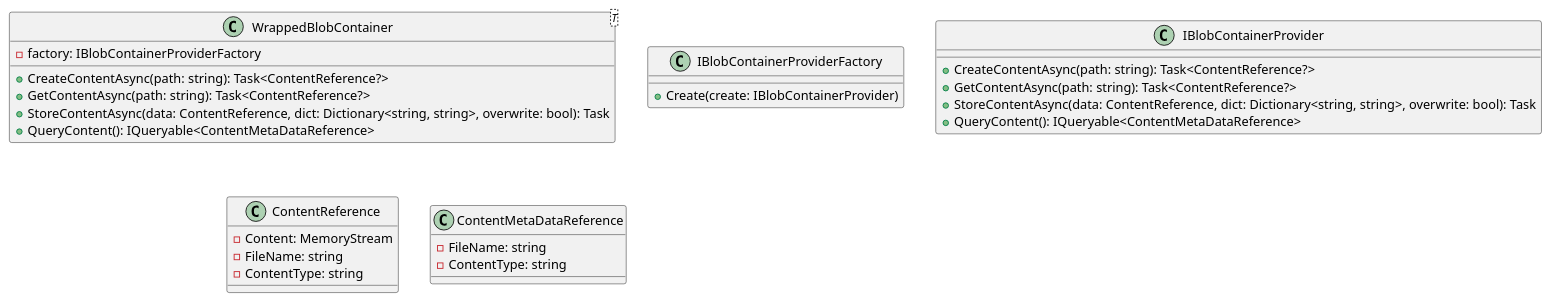
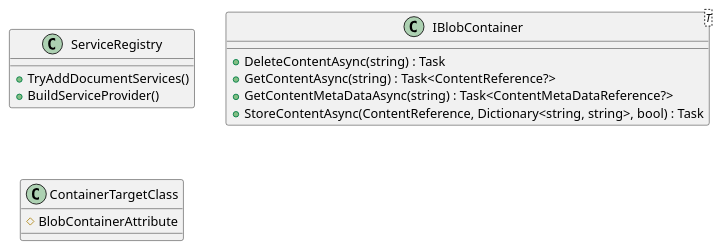
The third of 3 diagrams in docs/generated/Framework/Eliassen.Documents.Tests/Containers/Documentation.md (mwwhited-forks/dotnet-libs), drawn with PlantUML before and after one commit. The commit also changed other lines of this file and 444 other files, not shown here.

````diff
--- a/docs/generated/Framework/Eliassen.Documents.Tests/Containers/Documentation.md
+++ b/docs/generated/Framework/Eliassen.Documents.Tests/Containers/Documentation.md
@@ -71,35 +72,20 @@
 ```plantuml
 @startuml
-class WrappedBlobContainer<T> {
-  -factory: IBlobContainerProviderFactory
-
-  +CreateContentAsync(path: string): Task<ContentReference?>
-  +GetContentAsync(path: string): Task<ContentReference?>
-  +StoreContentAsync(data: ContentReference, dict: Dictionary<string, string>, overwrite: bool): Task
-  +QueryContent(): IQueryable<ContentMetaDataReference>
+class ServiceRegistry {
+  + TryAddDocumentServices()
+  + BuildServiceProvider()
 }
 
-class IBlobContainerProviderFactory {
-  +Create(create: IBlobContainerProvider)
+class IBlobContainer<T> {
+  + DeleteContentAsync(string) : Task
+  + GetContentAsync(string) : Task<ContentReference?>
+  + GetContentMetaDataAsync(string) : Task<ContentMetaDataReference?>
+  + StoreContentAsync(ContentReference, Dictionary<string, string>, bool) : Task
 }
 
-class IBlobContainerProvider {
-  +CreateContentAsync(path: string): Task<ContentReference?>
-  +GetContentAsync(path: string): Task<ContentReference?>
-  +StoreContentAsync(data: ContentReference, dict: Dictionary<string, string>, overwrite: bool): Task
-  +QueryContent(): IQueryable<ContentMetaDataReference>
-}
-
-class ContentReference {
-  -Content: MemoryStream
-  -FileName: string
-  -ContentType: string
-}
-
-class ContentMetaDataReference {
-  -FileName: string
-  -ContentType: string
+class ContainerTargetClass {
+  # BlobContainerAttribute
 }
 
 @enduml
 ```
````
